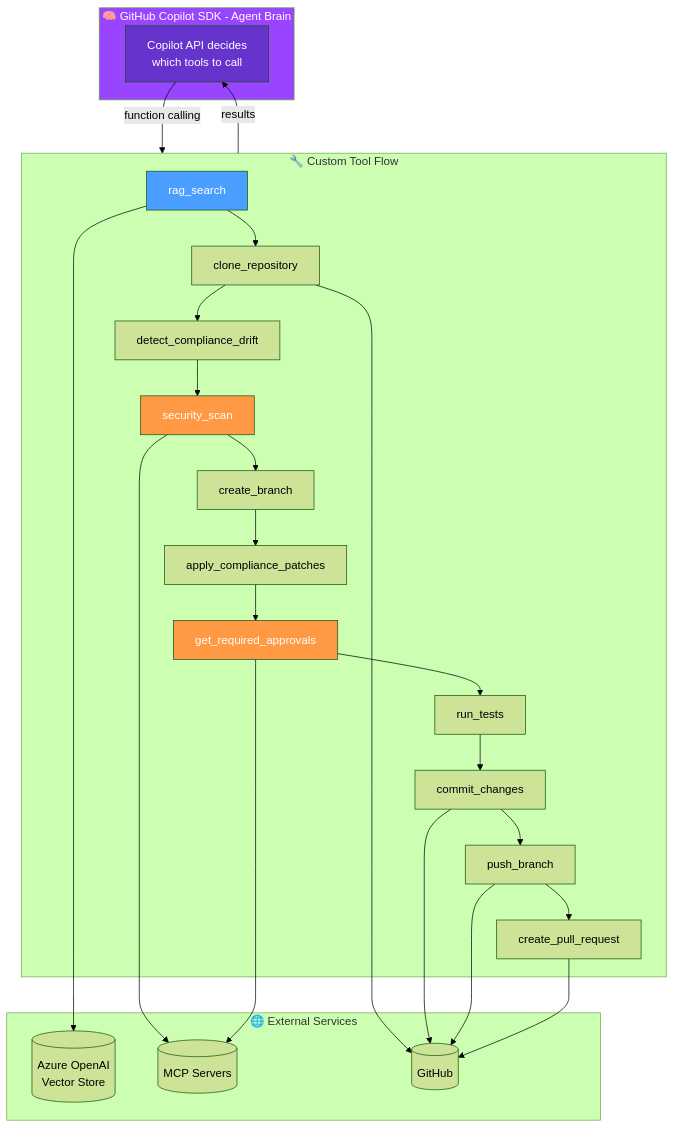
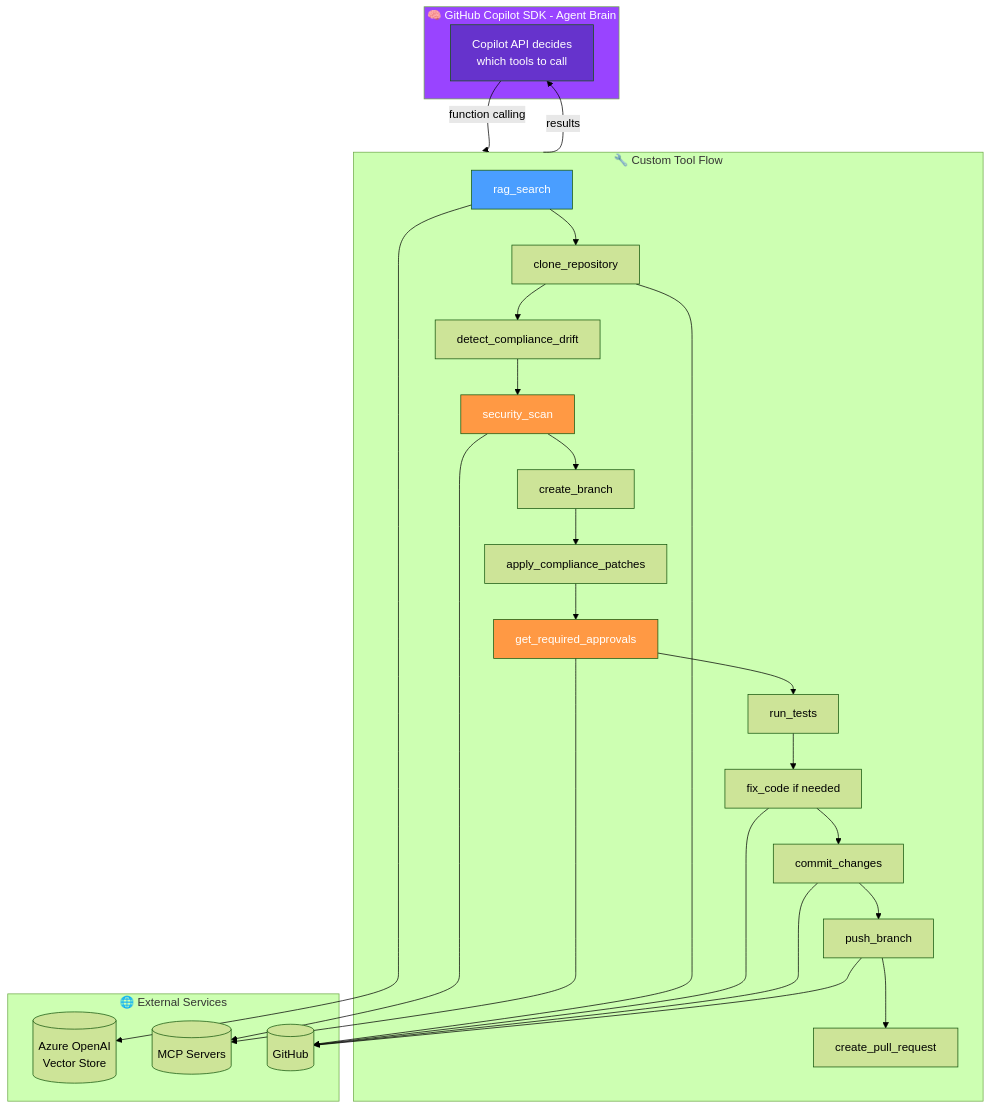
The third of 4 diagrams in docs/ARCHITECTURE_FLOW.md (MSFT-Innovation-Hub-India/GHCP-CLI-SDK-PR-AUTOMATION), drawn with Mermaid (forest theme) before and after one commit. The commit also changed other lines of this file and 3 other files, not shown here.

````diff
--- a/docs/ARCHITECTURE_FLOW.md
+++ b/docs/ARCHITECTURE_FLOW.md
@@ -98,38 +100,39 @@
 ```mermaid
 flowchart TB
     subgraph SDK["🧠 GitHub Copilot SDK - Agent Brain"]
         LLM[Copilot API decides<br/>which tools to call]
     end
 
     subgraph Tools["🔧 Custom Tool Flow"]
         A[rag_search] --> B[clone_repository]
         B --> C[detect_compliance_drift]
         C --> D[security_scan]
         D --> E[create_branch]
         E --> F[apply_compliance_patches]
         F --> G[get_required_approvals]
         G --> H[run_tests]
-        H --> I[commit_changes]
-        I --> J[push_branch]
-        J --> K[create_pull_request]
+        H --> I[fix_code if needed]
+        I --> J[commit_changes]
+        J --> K[push_branch]
+        K --> L[create_pull_request]
     end
 
     subgraph External["🌐 External Services"]
         RAG[(Azure OpenAI<br/>Vector Store)]
         MCP[(MCP Servers)]
         GH[(GitHub)]
     end
 
     LLM -->|function calling| Tools
     Tools -->|results| LLM
     
     A --> RAG
     D & G --> MCP
     B & I & J & K --> GH
 
     style SDK fill:#9944ff,color:white
     style LLM fill:#6633cc,color:white
     style A fill:#4a9eff,color:white
     style D fill:#ff9944,color:white
     style G fill:#ff9944,color:white
 ```
````
